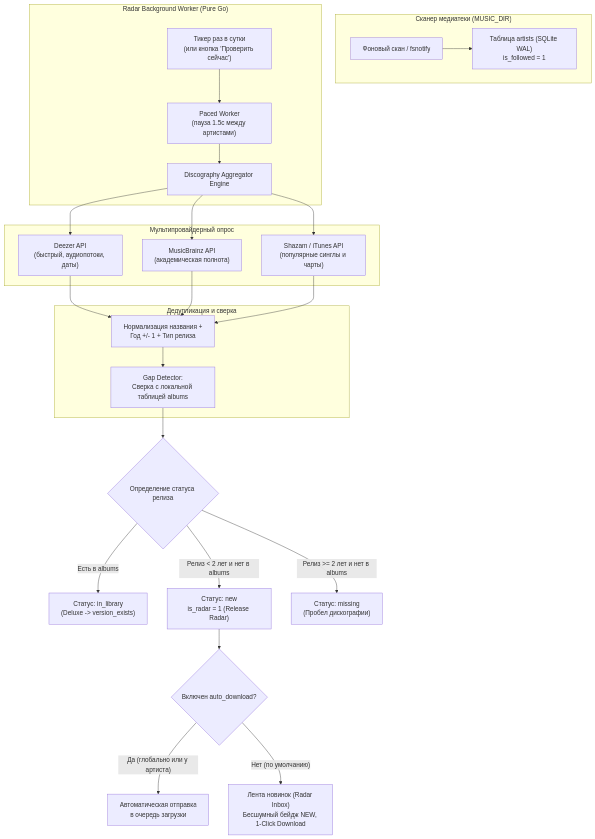
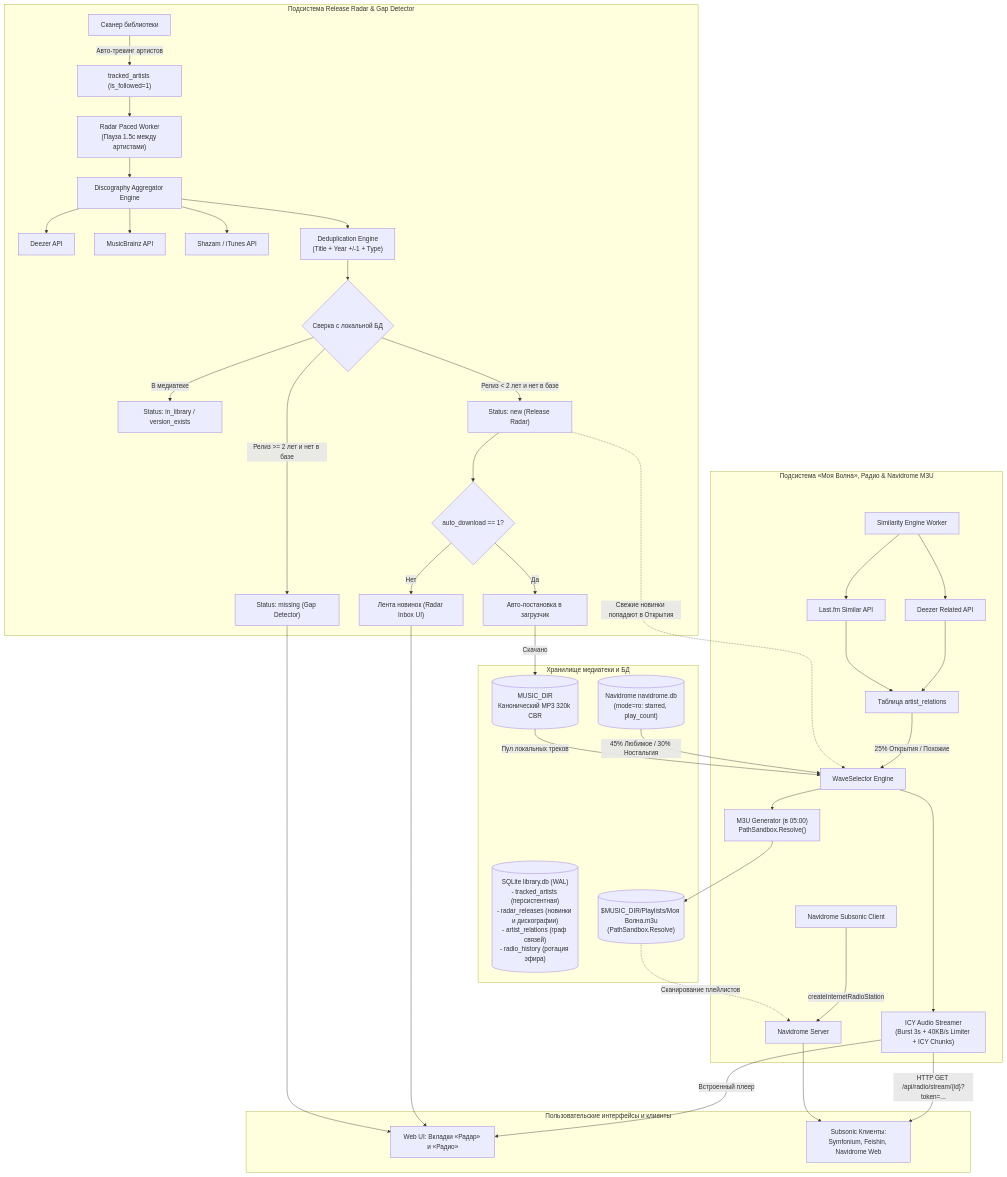
Before and after one commit to kex1tu/music_service: the diagram in plan.md, drawn with Mermaid. The commit also changed other lines of this file and 35 other files, not shown here.

Commit message:
feat: Release Radar, Gap Detector, My Wave radio, ICY streaming and Navidrome integration (Block 67)

````diff
--- a/plan.md
+++ b/plan.md
@@ -72,33 +109,62 @@
 ```mermaid
 flowchart TD
-    subgraph LibraryScanner ["Сканер медиатеки (MUSIC_DIR)"]
-        Scan["Фоновый скан / fsnotify"] --> ArtistsTable["Таблица artists (SQLite WAL)<br>is_followed = 1"]
+    subgraph Storage ["Хранилище медиатеки и БД"]
+        MusicDir[("MUSIC_DIR<br>Канонический MP3 320k CBR")]
+        AppDB[("SQLite library.db (WAL)<br>- tracked_artists (персистентная)<br>- radar_releases (новинки и дискографии)<br>- artist_relations (граф связей)<br>- radio_history (ротация эфира)")]
+        NaviDB[("Navidrome navidrome.db<br>(mode=ro: starred, play_count)")]
+        Playlists[("$MUSIC_DIR/Playlists/Моя Волна.m3u<br>(PathSandbox.Resolve)")]
     end
 
-    subgraph RadarScheduler ["Radar Background Worker (Pure Go)"]
-        Cron["Тикер раз в сутки<br>(или кнопка 'Проверить сейчас')"] --> PacedQueue["Paced Worker<br>(пауза 1.5с между артистами)"]
-        PacedQueue --> Aggregator["Discography Aggregator Engine"]
+    subgraph RadarSubsystem ["Подсистема Release Radar & Gap Detector"]
+        Scanner["Сканер библиотеки"] -->|"Авто-трекинг артистов"| TrackedArtists["tracked_artists (is_followed=1)"]
+        TrackedArtists --> RadarWorker["Radar Paced Worker<br>(Пауза 1.5с между артистами)"]
+        
+        RadarWorker --> Aggregator["Discography Aggregator Engine"]
+        Aggregator --> DeezerCat["Deezer API"]
+        Aggregator --> MBCat["MusicBrainz API"]
+        Aggregator --> ShazamCat["Shazam / iTunes API"]
+        
+        Aggregator --> Dedupe["Deduplication Engine<br>(Title + Year +/-1 + Type)"]
+        Dedupe --> GapRouter{"Сверка с локальной БД"}
+        
+        GapRouter -->|"В медиатеке"| InLib["Status: in_library / version_exists"]
+        GapRouter -->|"Релиз < 2 лет и нет в базе"| RadarNew["Status: new (Release Radar)"]
+        GapRouter -->|"Релиз >= 2 лет и нет в базе"| DiscGap["Status: missing (Gap Detector)"]
+        
+        RadarNew --> AutoDL{"auto_download == 1?"}
+        AutoDL -->|"Да"| Downloader["Авто-постановка в загрузчик"]
+        AutoDL -->|"Нет"| RadarFeed["Лента новинок (Radar Inbox UI)"]
+        Downloader -->|"Скачано"| MusicDir
     end
 
-    subgraph MultiCatalog ["Мультипровайдерный опрос"]
-        Aggregator --> Deezer["Deezer API<br>(быстрый, аудиопотоки, даты)"]
-        Aggregator --> MusicBrainz["MusicBrainz API<br>(академическая полнота)"]
-        Aggregator --> Shazam["Shazam / iTunes API<br>(популярные синглы и чарты)"]
+    subgraph RadioSubsystem ["Подсистема «Моя Волна», Радио & Navidrome M3U"]
+        SimilarityWorker["Similarity Engine Worker"] --> SimDeezer["Deezer Related API"]
+        SimilarityWorker --> SimLastfm["Last.fm Similar API"]
+        SimDeezer --> GraphCache["Таблица artist_relations"]
+        SimLastfm --> GraphCache
+
+        Selector["WaveSelector Engine"]
+        NaviDB -->|"45% Любимое / 30% Ностальгия"| Selector
+        GraphCache -->|"25% Открытия / Похожие"| Selector
+        RadarNew -.->|"Свежие новинки попадают в Открытия"| Selector
+        MusicDir -->|"Пул локальных треков"| Selector
+
+        Selector --> Streamer["ICY Audio Streamer<br>(Burst 3s + 40KB/s Limiter + ICY Chunks)"]
+        Selector --> M3U["M3U Generator (в 05:00)<br>PathSandbox.Resolve()"]
+        
+        M3U --> Playlists
+        NaviClient["Navidrome Subsonic Client"] -->|"createInternetRadioStation"| NaviServer["Navidrome Server"]
     end
 
-    subgraph Deduplication ["Дедупликация и сверка"]
-        Deezer --> Dedupe["Нормализация названия +<br>Год +/- 1 + Тип релиза"]
-        MusicBrainz --> Dedupe
-        Shazam --> Dedupe
-        Dedupe --> GapDetector["Gap Detector:<br>Сверка с локальной таблицей albums"]
+    subgraph Clients ["Пользовательские интерфейсы и клиенты"]
+        WebUI["Web UI: Вкладки «Радар» и «Радио»"]
+        SubsonicApps["Subsonic Клиенты:<br>Symfonium, Feishin, Navidrome Web"]
     end
 
-    GapDetector --> StatusRouter{"Определение статуса релиза"}
-    StatusRouter -->|"Есть в albums"| InLib["Статус: in_library<br>(Deluxe -> version_exists)"]
-    StatusRouter -->|"Релиз < 2 лет и нет в albums"| RadarNew["Статус: new<br>is_radar = 1 (Release Radar)"]
-    StatusRouter -->|"Релиз >= 2 лет и нет в albums"| DiscographyGap["Статус: missing<br>(Пробел дискографии)"]
-
-    RadarNew --> AutoCheck{"Включен auto_download?"}
-    AutoCheck -->|"Да (глобально или у артиста)"| DownloaderQueue["Автоматическая отправка<br>в очередь загрузки"]
-    AutoCheck -->|"Нет (по умолчанию)"| RadarFeedUI["Лента новинок (Radar Inbox)<br>Бесшумный бейдж NEW, 1-Click Download"]
+    Streamer -- "HTTP GET /api/radio/stream/{id}?token=..." --> SubsonicApps
+    Streamer -- "Встроенный плеер" --> WebUI
+    Playlists -. "Сканирование плейлистов" .-> NaviServer
+    NaviServer --> SubsonicApps
+    RadarFeed --> WebUI
+    DiscGap --> WebUI
 ```
````
